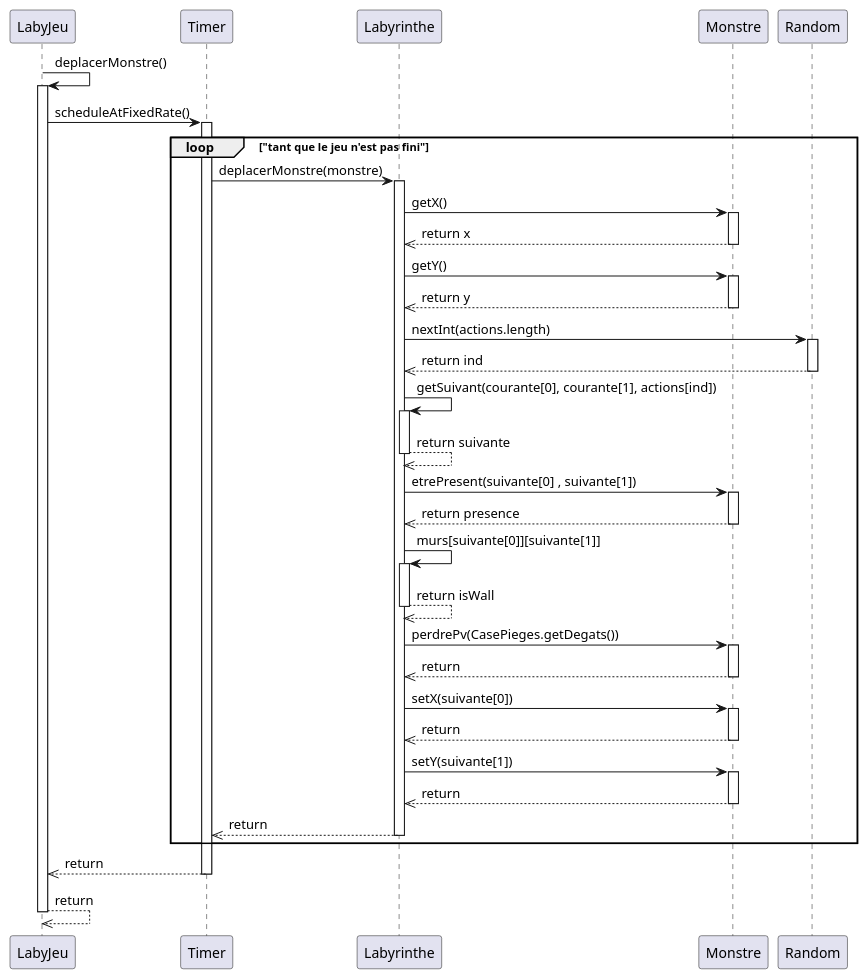
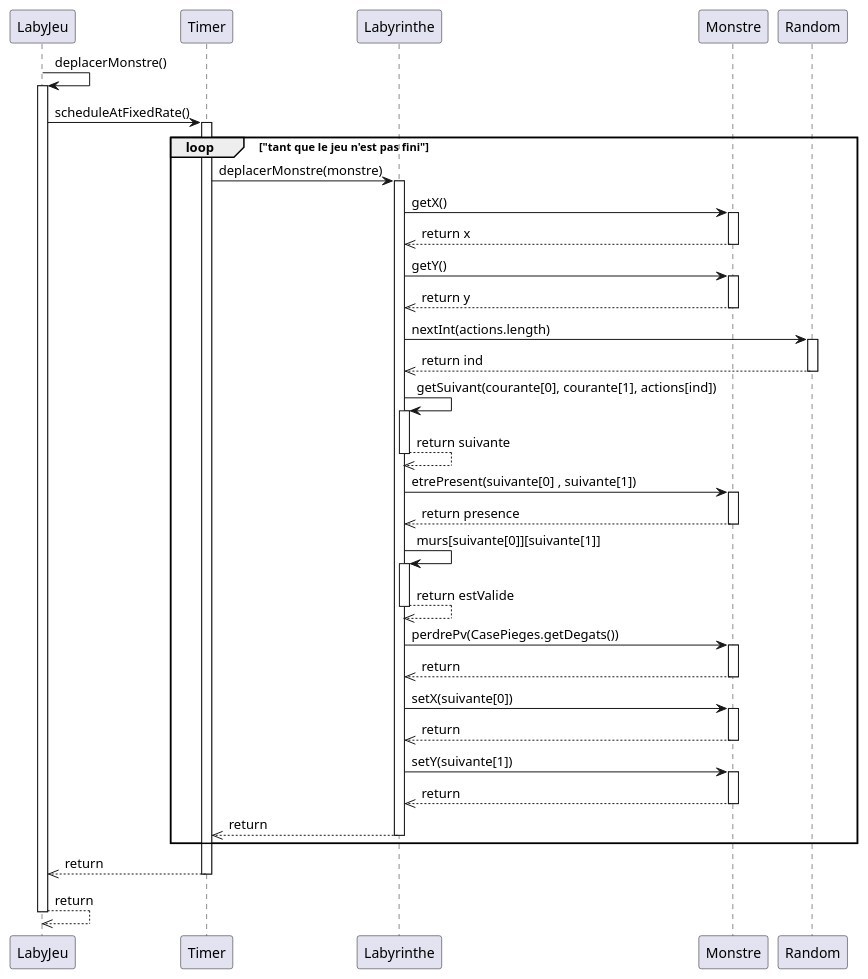
One commit to LukaSalvo/SAE2024 changed the diagram in zeldiablo/documents/version_3/diagseq_DeplacementAleatoireMonstre.puml. Above: the diagram before and after it, drawn with PlantUML. The commit also changed 4 other files, not shown here.

Commit message:
Ajout de diagramme

```diff
--- a/zeldiablo/documents/version_3/diagseq_DeplacementAleatoireMonstre.puml
+++ b/zeldiablo/documents/version_3/diagseq_DeplacementAleatoireMonstre.puml
@@ -1,58 +1,58 @@
 @startuml
 participant "LabyJeu" as L
 participant "Timer" as T
 participant "Labyrinthe" as La
 participant "Monstre" as M
 participant "Random" as R
 
 L -> L : deplacerMonstre()
 activate L
 L -> T : scheduleAtFixedRate()
 activate T
 loop "tant que le jeu n'est pas fini"
     T -> La : deplacerMonstre(monstre)
     activate La
     La -> M : getX()
     activate M
     M -->> La : return x
     deactivate M
     La -> M : getY()
     activate M
     M -->> La : return y
     deactivate M
     La -> R : nextInt(actions.length)
     activate R
     R -->> La : return ind
     deactivate R
     La -> La : getSuivant(courante[0], courante[1], actions[ind])
     activate La
     La -->> La : return suivante
     deactivate La
     La -> M : etrePresent(suivante[0] , suivante[1])
     activate M
     M -->> La : return presence
     deactivate M
     La -> La : murs[suivante[0]][suivante[1]]
     activate La
-    La -->> La : return isWall
+    La -->> La : return estValide
     deactivate La
     La -> M : perdrePv(CasePieges.getDegats())
     activate M
     M -->> La : return
     deactivate M
     La -> M : setX(suivante[0])
     activate M
     M -->> La : return
     deactivate M
     La -> M : setY(suivante[1])
     activate M
     M -->> La : return
     deactivate M
     La -->> T : return
     deactivate La
 end
 T -->> L : return
 deactivate T
 L -->> L : return
 deactivate L
 @enduml
```
